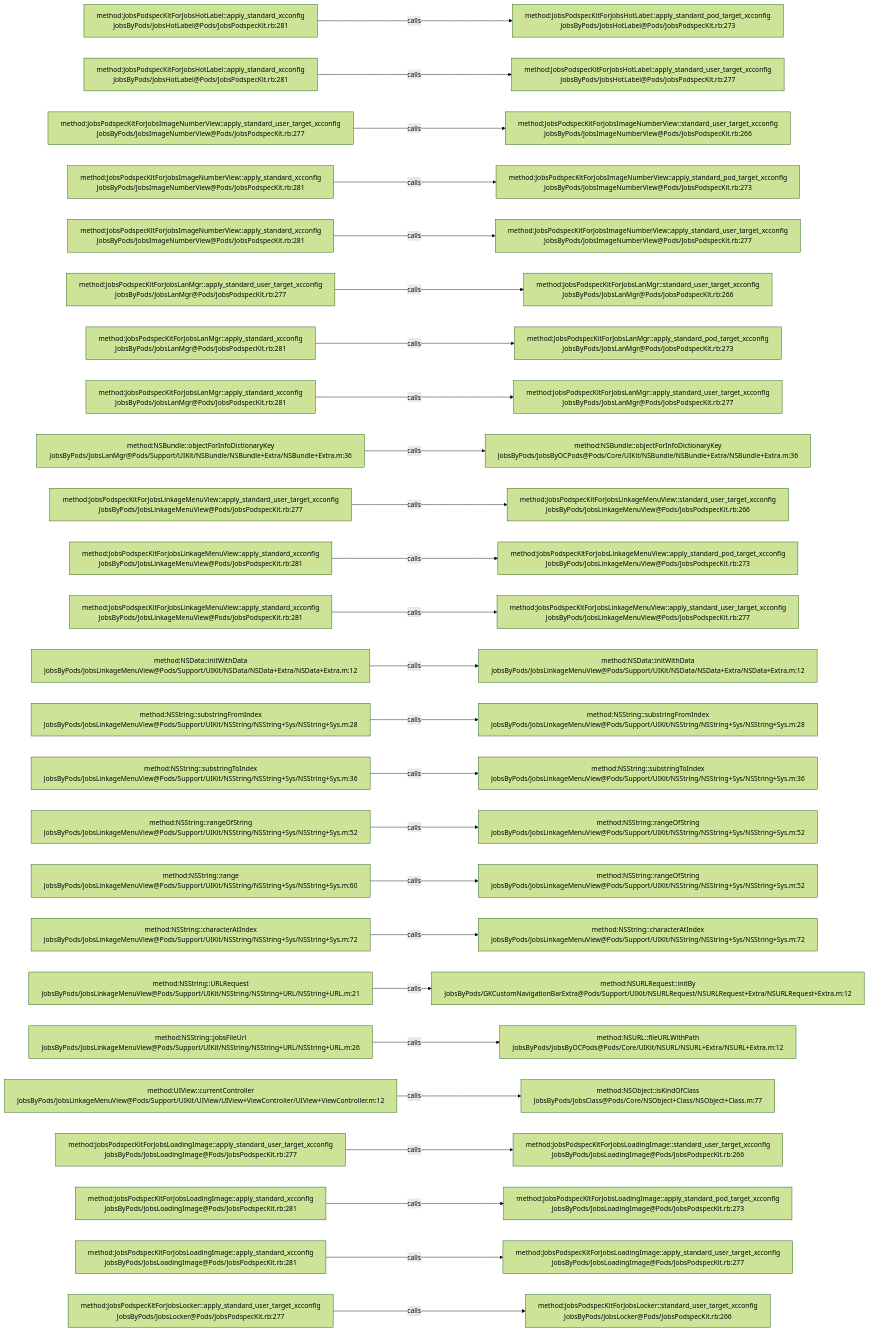
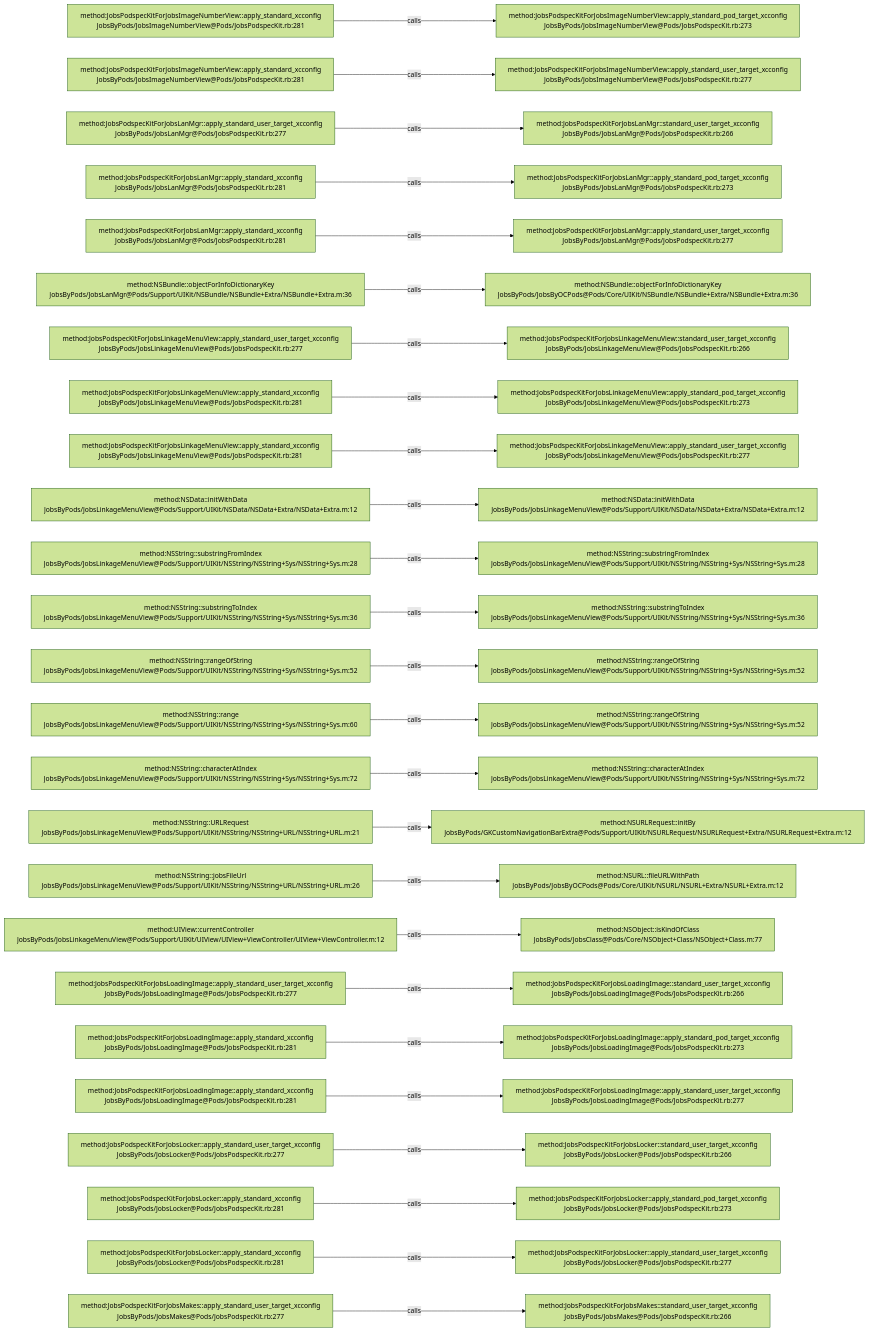
Before and after one commit to JobsKits/JobsOCBaseConfigDemo: the diagram in .codegraph/codegraph.md/graphs/calls-009.md, drawn with Mermaid (forest theme). The commit also changed 727 other files, not shown here.

````diff
--- a/.codegraph/codegraph.md/graphs/calls-009.md
+++ b/.codegraph/codegraph.md/graphs/calls-009.md
@@ -13,78 +13,78 @@
 ```mermaid
 flowchart LR
-  S1["method:JobsPodspecKitForJobsHotLabel::apply_standard_xcconfig<br/>JobsByPods/JobsHotLabel@Pods/JobsPodspecKit.rb:281"]
-  T1["method:JobsPodspecKitForJobsHotLabel::apply_standard_pod_target_xcconfig<br/>JobsByPods/JobsHotLabel@Pods/JobsPodspecKit.rb:273"]
+  S1["method:JobsPodspecKitForJobsImageNumberView::apply_standard_xcconfig<br/>JobsByPods/JobsImageNumberView@Pods/JobsPodspecKit.rb:281"]
+  T1["method:JobsPodspecKitForJobsImageNumberView::apply_standard_pod_target_xcconfig<br/>JobsByPods/JobsImageNumberView@Pods/JobsPodspecKit.rb:273"]
   S1 -->|calls| T1
-  S2["method:JobsPodspecKitForJobsHotLabel::apply_standard_xcconfig<br/>JobsByPods/JobsHotLabel@Pods/JobsPodspecKit.rb:281"]
-  T2["method:JobsPodspecKitForJobsHotLabel::apply_standard_user_target_xcconfig<br/>JobsByPods/JobsHotLabel@Pods/JobsPodspecKit.rb:277"]
+  S2["method:JobsPodspecKitForJobsImageNumberView::apply_standard_xcconfig<br/>JobsByPods/JobsImageNumberView@Pods/JobsPodspecKit.rb:281"]
+  T2["method:JobsPodspecKitForJobsImageNumberView::apply_standard_user_target_xcconfig<br/>JobsByPods/JobsImageNumberView@Pods/JobsPodspecKit.rb:277"]
   S2 -->|calls| T2
-  S3["method:JobsPodspecKitForJobsImageNumberView::apply_standard_user_target_xcconfig<br/>JobsByPods/JobsImageNumberView@Pods/JobsPodspecKit.rb:277"]
-  T3["method:JobsPodspecKitForJobsImageNumberView::standard_user_target_xcconfig<br/>JobsByPods/JobsImageNumberView@Pods/JobsPodspecKit.rb:266"]
+  S3["method:JobsPodspecKitForJobsLanMgr::apply_standard_user_target_xcconfig<br/>JobsByPods/JobsLanMgr@Pods/JobsPodspecKit.rb:277"]
+  T3["method:JobsPodspecKitForJobsLanMgr::standard_user_target_xcconfig<br/>JobsByPods/JobsLanMgr@Pods/JobsPodspecKit.rb:266"]
   S3 -->|calls| T3
-  S4["method:JobsPodspecKitForJobsImageNumberView::apply_standard_xcconfig<br/>JobsByPods/JobsImageNumberView@Pods/JobsPodspecKit.rb:281"]
-  T4["method:JobsPodspecKitForJobsImageNumberView::apply_standard_pod_target_xcconfig<br/>JobsByPods/JobsImageNumberView@Pods/JobsPodspecKit.rb:273"]
+  S4["method:JobsPodspecKitForJobsLanMgr::apply_standard_xcconfig<br/>JobsByPods/JobsLanMgr@Pods/JobsPodspecKit.rb:281"]
+  T4["method:JobsPodspecKitForJobsLanMgr::apply_standard_pod_target_xcconfig<br/>JobsByPods/JobsLanMgr@Pods/JobsPodspecKit.rb:273"]
   S4 -->|calls| T4
-  S5["method:JobsPodspecKitForJobsImageNumberView::apply_standard_xcconfig<br/>JobsByPods/JobsImageNumberView@Pods/JobsPodspecKit.rb:281"]
-  T5["method:JobsPodspecKitForJobsImageNumberView::apply_standard_user_target_xcconfig<br/>JobsByPods/JobsImageNumberView@Pods/JobsPodspecKit.rb:277"]
+  S5["method:JobsPodspecKitForJobsLanMgr::apply_standard_xcconfig<br/>JobsByPods/JobsLanMgr@Pods/JobsPodspecKit.rb:281"]
+  T5["method:JobsPodspecKitForJobsLanMgr::apply_standard_user_target_xcconfig<br/>JobsByPods/JobsLanMgr@Pods/JobsPodspecKit.rb:277"]
   S5 -->|calls| T5
-  S6["method:JobsPodspecKitForJobsLanMgr::apply_standard_user_target_xcconfig<br/>JobsByPods/JobsLanMgr@Pods/JobsPodspecKit.rb:277"]
-  T6["method:JobsPodspecKitForJobsLanMgr::standard_user_target_xcconfig<br/>JobsByPods/JobsLanMgr@Pods/JobsPodspecKit.rb:266"]
+  S6["method:NSBundle::objectForInfoDictionaryKey<br/>JobsByPods/JobsLanMgr@Pods/Support/UIKit/NSBundle/NSBundle+Extra/NSBundle+Extra.m:36"]
+  T6["method:NSBundle::objectForInfoDictionaryKey<br/>JobsByPods/JobsByOCPods@Pods/Core/UIKit/NSBundle/NSBundle+Extra/NSBundle+Extra.m:36"]
   S6 -->|calls| T6
-  S7["method:JobsPodspecKitForJobsLanMgr::apply_standard_xcconfig<br/>JobsByPods/JobsLanMgr@Pods/JobsPodspecKit.rb:281"]
-  T7["method:JobsPodspecKitForJobsLanMgr::apply_standard_pod_target_xcconfig<br/>JobsByPods/JobsLanMgr@Pods/JobsPodspecKit.rb:273"]
+  S7["method:JobsPodspecKitForJobsLinkageMenuView::apply_standard_user_target_xcconfig<br/>JobsByPods/JobsLinkageMenuView@Pods/JobsPodspecKit.rb:277"]
+  T7["method:JobsPodspecKitForJobsLinkageMenuView::standard_user_target_xcconfig<br/>JobsByPods/JobsLinkageMenuView@Pods/JobsPodspecKit.rb:266"]
   S7 -->|calls| T7
-  S8["method:JobsPodspecKitForJobsLanMgr::apply_standard_xcconfig<br/>JobsByPods/JobsLanMgr@Pods/JobsPodspecKit.rb:281"]
-  T8["method:JobsPodspecKitForJobsLanMgr::apply_standard_user_target_xcconfig<br/>JobsByPods/JobsLanMgr@Pods/JobsPodspecKit.rb:277"]
+  S8["method:JobsPodspecKitForJobsLinkageMenuView::apply_standard_xcconfig<br/>JobsByPods/JobsLinkageMenuView@Pods/JobsPodspecKit.rb:281"]
+  T8["method:JobsPodspecKitForJobsLinkageMenuView::apply_standard_pod_target_xcconfig<br/>JobsByPods/JobsLinkageMenuView@Pods/JobsPodspecKit.rb:273"]
   S8 -->|calls| T8
-  S9["method:NSBundle::objectForInfoDictionaryKey<br/>JobsByPods/JobsLanMgr@Pods/Support/UIKit/NSBundle/NSBundle+Extra/NSBundle+Extra.m:36"]
-  T9["method:NSBundle::objectForInfoDictionaryKey<br/>JobsByPods/JobsByOCPods@Pods/Core/UIKit/NSBundle/NSBundle+Extra/NSBundle+Extra.m:36"]
+  S9["method:JobsPodspecKitForJobsLinkageMenuView::apply_standard_xcconfig<br/>JobsByPods/JobsLinkageMenuView@Pods/JobsPodspecKit.rb:281"]
+  T9["method:JobsPodspecKitForJobsLinkageMenuView::apply_standard_user_target_xcconfig<br/>JobsByPods/JobsLinkageMenuView@Pods/JobsPodspecKit.rb:277"]
   S9 -->|calls| T9
-  S10["method:JobsPodspecKitForJobsLinkageMenuView::apply_standard_user_target_xcconfig<br/>JobsByPods/JobsLinkageMenuView@Pods/JobsPodspecKit.rb:277"]
-  T10["method:JobsPodspecKitForJobsLinkageMenuView::standard_user_target_xcconfig<br/>JobsByPods/JobsLinkageMenuView@Pods/JobsPodspecKit.rb:266"]
+  S10["method:NSData::initWithData<br/>JobsByPods/JobsLinkageMenuView@Pods/Support/UIKit/NSData/NSData+Extra/NSData+Extra.m:12"]
+  T10["method:NSData::initWithData<br/>JobsByPods/JobsLinkageMenuView@Pods/Support/UIKit/NSData/NSData+Extra/NSData+Extra.m:12"]
   S10 -->|calls| T10
-  S11["method:JobsPodspecKitForJobsLinkageMenuView::apply_standard_xcconfig<br/>JobsByPods/JobsLinkageMenuView@Pods/JobsPodspecKit.rb:281"]
-  T11["method:JobsPodspecKitForJobsLinkageMenuView::apply_standard_pod_target_xcconfig<br/>JobsByPods/JobsLinkageMenuView@Pods/JobsPodspecKit.rb:273"]
+  S11["method:NSString::substringFromIndex<br/>JobsByPods/JobsLinkageMenuView@Pods/Support/UIKit/NSString/NSString+Sys/NSString+Sys.m:28"]
+  T11["method:NSString::substringFromIndex<br/>JobsByPods/JobsLinkageMenuView@Pods/Support/UIKit/NSString/NSString+Sys/NSString+Sys.m:28"]
   S11 -->|calls| T11
-  S12["method:JobsPodspecKitForJobsLinkageMenuView::apply_standard_xcconfig<br/>JobsByPods/JobsLinkageMenuView@Pods/JobsPodspecKit.rb:281"]
-  T12["method:JobsPodspecKitForJobsLinkageMenuView::apply_standard_user_target_xcconfig<br/>JobsByPods/JobsLinkageMenuView@Pods/JobsPodspecKit.rb:277"]
+  S12["method:NSString::substringToIndex<br/>JobsByPods/JobsLinkageMenuView@Pods/Support/UIKit/NSString/NSString+Sys/NSString+Sys.m:36"]
+  T12["method:NSString::substringToIndex<br/>JobsByPods/JobsLinkageMenuView@Pods/Support/UIKit/NSString/NSString+Sys/NSString+Sys.m:36"]
   S12 -->|calls| T12
-  S13["method:NSData::initWithData<br/>JobsByPods/JobsLinkageMenuView@Pods/Support/UIKit/NSData/NSData+Extra/NSData+Extra.m:12"]
-  T13["method:NSData::initWithData<br/>JobsByPods/JobsLinkageMenuView@Pods/Support/UIKit/NSData/NSData+Extra/NSData+Extra.m:12"]
+  S13["method:NSString::rangeOfString<br/>JobsByPods/JobsLinkageMenuView@Pods/Support/UIKit/NSString/NSString+Sys/NSString+Sys.m:52"]
+  T13["method:NSString::rangeOfString<br/>JobsByPods/JobsLinkageMenuView@Pods/Support/UIKit/NSString/NSString+Sys/NSString+Sys.m:52"]
   S13 -->|calls| T13
-  S14["method:NSString::substringFromIndex<br/>JobsByPods/JobsLinkageMenuView@Pods/Support/UIKit/NSString/NSString+Sys/NSString+Sys.m:28"]
-  T14["method:NSString::substringFromIndex<br/>JobsByPods/JobsLinkageMenuView@Pods/Support/UIKit/NSString/NSString+Sys/NSString+Sys.m:28"]
+  S14["method:NSString::range<br/>JobsByPods/JobsLinkageMenuView@Pods/Support/UIKit/NSString/NSString+Sys/NSString+Sys.m:60"]
+  T14["method:NSString::rangeOfString<br/>JobsByPods/JobsLinkageMenuView@Pods/Support/UIKit/NSString/NSString+Sys/NSString+Sys.m:52"]
   S14 -->|calls| T14
-  S15["method:NSString::substringToIndex<br/>JobsByPods/JobsLinkageMenuView@Pods/Support/UIKit/NSString/NSString+Sys/NSString+Sys.m:36"]
-  T15["method:NSString::substringToIndex<br/>JobsByPods/JobsLinkageMenuView@Pods/Support/UIKit/NSString/NSString+Sys/NSString+Sys.m:36"]
+  S15["method:NSString::characterAtIndex<br/>JobsByPods/JobsLinkageMenuView@Pods/Support/UIKit/NSString/NSString+Sys/NSString+Sys.m:72"]
+  T15["method:NSString::characterAtIndex<br/>JobsByPods/JobsLinkageMenuView@Pods/Support/UIKit/NSString/NSString+Sys/NSString+Sys.m:72"]
   S15 -->|calls| T15
-  S16["method:NSString::rangeOfString<br/>JobsByPods/JobsLinkageMenuView@Pods/Support/UIKit/NSString/NSString+Sys/NSString+Sys.m:52"]
-  T16["method:NSString::rangeOfString<br/>JobsByPods/JobsLinkageMenuView@Pods/Support/UIKit/NSString/NSString+Sys/NSString+Sys.m:52"]
+  S16["method:NSString::URLRequest<br/>JobsByPods/JobsLinkageMenuView@Pods/Support/UIKit/NSString/NSString+URL/NSString+URL.m:21"]
+  T16["method:NSURLRequest::initBy<br/>JobsByPods/GKCustomNavigationBarExtra@Pods/Support/UIKit/NSURLRequest/NSURLRequest+Extra/NSURLRequest+Extra.m:12"]
   S16 -->|calls| T16
-  S17["method:NSString::range<br/>JobsByPods/JobsLinkageMenuView@Pods/Support/UIKit/NSString/NSString+Sys/NSString+Sys.m:60"]
-  T17["method:NSString::rangeOfString<br/>JobsByPods/JobsLinkageMenuView@Pods/Support/UIKit/NSString/NSString+Sys/NSString+Sys.m:52"]
+  S17["method:NSString::jobsFileUrl<br/>JobsByPods/JobsLinkageMenuView@Pods/Support/UIKit/NSString/NSString+URL/NSString+URL.m:26"]
+  T17["method:NSURL::fileURLWithPath<br/>JobsByPods/JobsByOCPods@Pods/Core/UIKit/NSURL/NSURL+Extra/NSURL+Extra.m:12"]
   S17 -->|calls| T17
-  S18["method:NSString::characterAtIndex<br/>JobsByPods/JobsLinkageMenuView@Pods/Support/UIKit/NSString/NSString+Sys/NSString+Sys.m:72"]
-  T18["method:NSString::characterAtIndex<br/>JobsByPods/JobsLinkageMenuView@Pods/Support/UIKit/NSString/NSString+Sys/NSString+Sys.m:72"]
+  S18["method:UIView::currentController<br/>JobsByPods/JobsLinkageMenuView@Pods/Support/UIKit/UIView/UIView+ViewController/UIView+ViewController.m:12"]
+  T18["method:NSObject::isKindOfClass<br/>JobsByPods/JobsClass@Pods/Core/NSObject+Class/NSObject+Class.m:77"]
   S18 -->|calls| T18
-  S19["method:NSString::URLRequest<br/>JobsByPods/JobsLinkageMenuView@Pods/Support/UIKit/NSString/NSString+URL/NSString+URL.m:21"]
-  T19["method:NSURLRequest::initBy<br/>JobsByPods/GKCustomNavigationBarExtra@Pods/Support/UIKit/NSURLRequest/NSURLRequest+Extra/NSURLRequest+Extra.m:12"]
+  S19["method:JobsPodspecKitForJobsLoadingImage::apply_standard_user_target_xcconfig<br/>JobsByPods/JobsLoadingImage@Pods/JobsPodspecKit.rb:277"]
+  T19["method:JobsPodspecKitForJobsLoadingImage::standard_user_target_xcconfig<br/>JobsByPods/JobsLoadingImage@Pods/JobsPodspecKit.rb:266"]
   S19 -->|calls| T19
-  S20["method:NSString::jobsFileUrl<br/>JobsByPods/JobsLinkageMenuView@Pods/Support/UIKit/NSString/NSString+URL/NSString+URL.m:26"]
-  T20["method:NSURL::fileURLWithPath<br/>JobsByPods/JobsByOCPods@Pods/Core/UIKit/NSURL/NSURL+Extra/NSURL+Extra.m:12"]
+  S20["method:JobsPodspecKitForJobsLoadingImage::apply_standard_xcconfig<br/>JobsByPods/JobsLoadingImage@Pods/JobsPodspecKit.rb:281"]
+  T20["method:JobsPodspecKitForJobsLoadingImage::apply_standard_pod_target_xcconfig<br/>JobsByPods/JobsLoadingImage@Pods/JobsPodspecKit.rb:273"]
   S20 -->|calls| T20
-  S21["method:UIView::currentController<br/>JobsByPods/JobsLinkageMenuView@Pods/Support/UIKit/UIView/UIView+ViewController/UIView+ViewController.m:12"]
-  T21["method:NSObject::isKindOfClass<br/>JobsByPods/JobsClass@Pods/Core/NSObject+Class/NSObject+Class.m:77"]
+  S21["method:JobsPodspecKitForJobsLoadingImage::apply_standard_xcconfig<br/>JobsByPods/JobsLoadingImage@Pods/JobsPodspecKit.rb:281"]
+  T21["method:JobsPodspecKitForJobsLoadingImage::apply_standard_user_target_xcconfig<br/>JobsByPods/JobsLoadingImage@Pods/JobsPodspecKit.rb:277"]
   S21 -->|calls| T21
-  S22["method:JobsPodspecKitForJobsLoadingImage::apply_standard_user_target_xcconfig<br/>JobsByPods/JobsLoadingImage@Pods/JobsPodspecKit.rb:277"]
-  T22["method:JobsPodspecKitForJobsLoadingImage::standard_user_target_xcconfig<br/>JobsByPods/JobsLoadingImage@Pods/JobsPodspecKit.rb:266"]
+  S22["method:JobsPodspecKitForJobsLocker::apply_standard_user_target_xcconfig<br/>JobsByPods/JobsLocker@Pods/JobsPodspecKit.rb:277"]
+  T22["method:JobsPodspecKitForJobsLocker::standard_user_target_xcconfig<br/>JobsByPods/JobsLocker@Pods/JobsPodspecKit.rb:266"]
   S22 -->|calls| T22
-  S23["method:JobsPodspecKitForJobsLoadingImage::apply_standard_xcconfig<br/>JobsByPods/JobsLoadingImage@Pods/JobsPodspecKit.rb:281"]
-  T23["method:JobsPodspecKitForJobsLoadingImage::apply_standard_pod_target_xcconfig<br/>JobsByPods/JobsLoadingImage@Pods/JobsPodspecKit.rb:273"]
+  S23["method:JobsPodspecKitForJobsLocker::apply_standard_xcconfig<br/>JobsByPods/JobsLocker@Pods/JobsPodspecKit.rb:281"]
+  T23["method:JobsPodspecKitForJobsLocker::apply_standard_pod_target_xcconfig<br/>JobsByPods/JobsLocker@Pods/JobsPodspecKit.rb:273"]
   S23 -->|calls| T23
-  S24["method:JobsPodspecKitForJobsLoadingImage::apply_standard_xcconfig<br/>JobsByPods/JobsLoadingImage@Pods/JobsPodspecKit.rb:281"]
-  T24["method:JobsPodspecKitForJobsLoadingImage::apply_standard_user_target_xcconfig<br/>JobsByPods/JobsLoadingImage@Pods/JobsPodspecKit.rb:277"]
+  S24["method:JobsPodspecKitForJobsLocker::apply_standard_xcconfig<br/>JobsByPods/JobsLocker@Pods/JobsPodspecKit.rb:281"]
+  T24["method:JobsPodspecKitForJobsLocker::apply_standard_user_target_xcconfig<br/>JobsByPods/JobsLocker@Pods/JobsPodspecKit.rb:277"]
   S24 -->|calls| T24
-  S25["method:JobsPodspecKitForJobsLocker::apply_standard_user_target_xcconfig<br/>JobsByPods/JobsLocker@Pods/JobsPodspecKit.rb:277"]
-  T25["method:JobsPodspecKitForJobsLocker::standard_user_target_xcconfig<br/>JobsByPods/JobsLocker@Pods/JobsPodspecKit.rb:266"]
+  S25["method:JobsPodspecKitForJobsMakes::apply_standard_user_target_xcconfig<br/>JobsByPods/JobsMakes@Pods/JobsPodspecKit.rb:277"]
+  T25["method:JobsPodspecKitForJobsMakes::standard_user_target_xcconfig<br/>JobsByPods/JobsMakes@Pods/JobsPodspecKit.rb:266"]
   S25 -->|calls| T25
 ```
````
